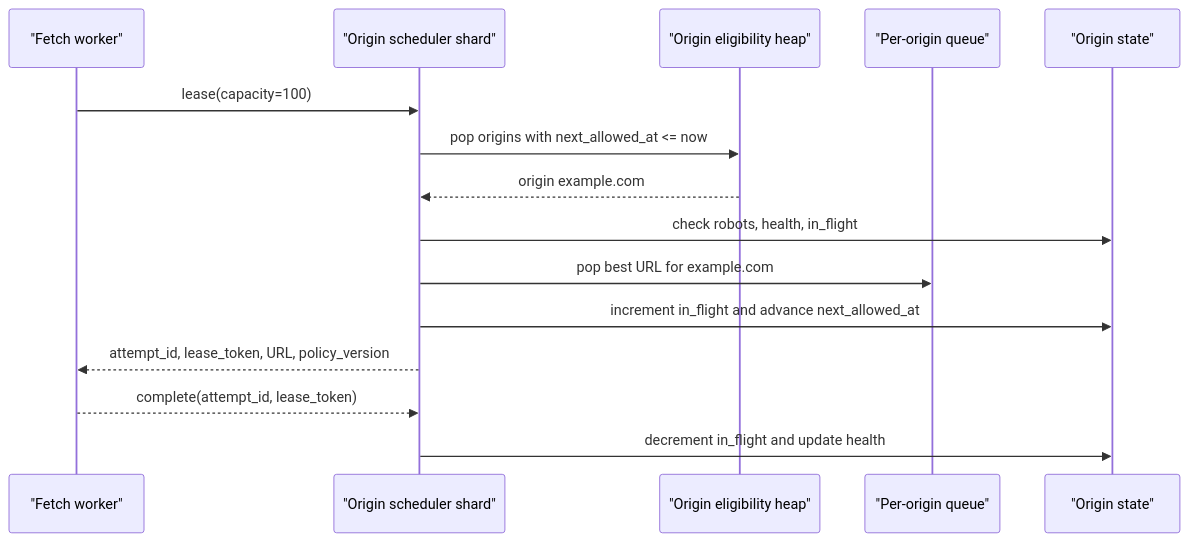
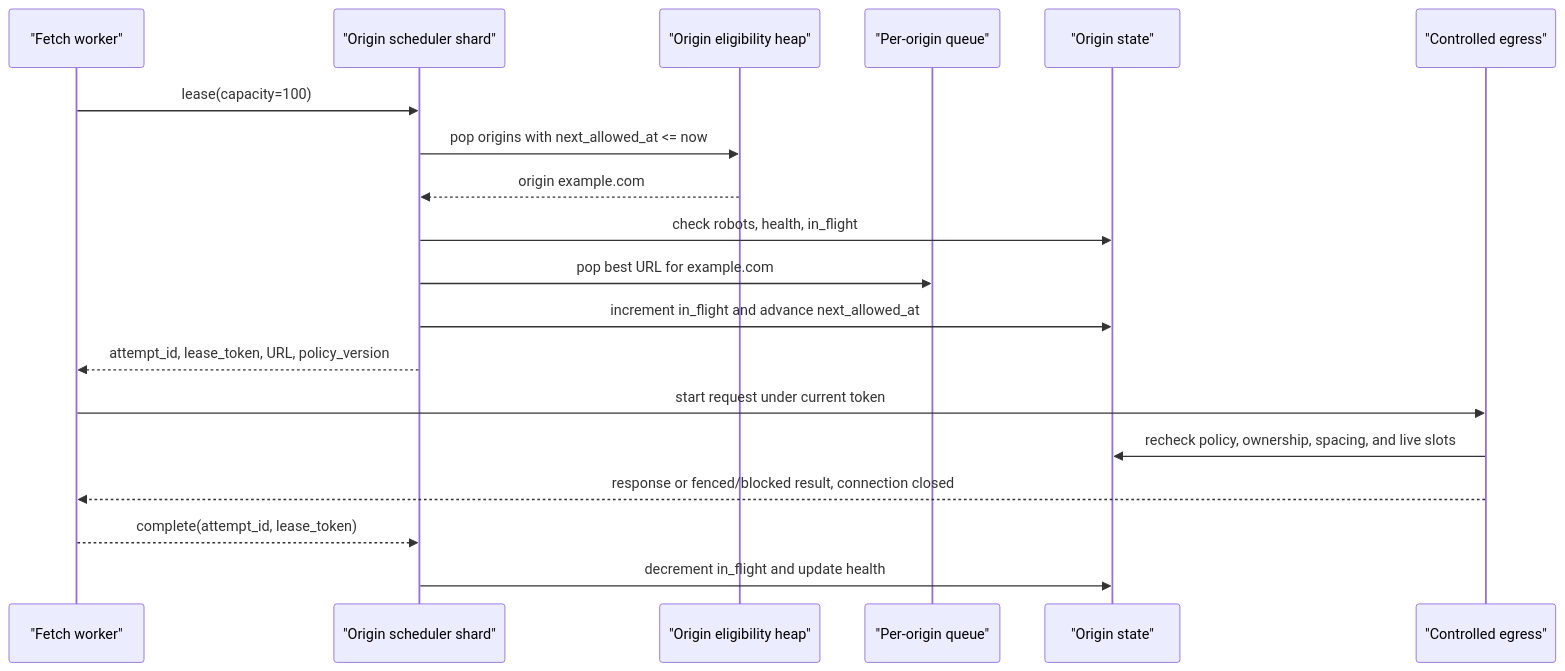
Before and after one commit to Pranshu258/system-design: the third of 5 diagrams in web-crawler-system-design.md, drawn with Mermaid. The commit also changed other lines of this file and 23 other files, not shown here.

````diff
--- a/web-crawler-system-design.md
+++ b/web-crawler-system-design.md
@@ -211,17 +213,21 @@
 ```mermaid
 sequenceDiagram
     participant W as "Fetch worker"
     participant S as "Origin scheduler shard"
     participant H as "Origin eligibility heap"
     participant Q as "Per-origin queue"
     participant O as "Origin state"
+    participant E as "Controlled egress"
     W->>S: lease(capacity=100)
     S->>H: pop origins with next_allowed_at <= now
     H-->>S: origin example.com
     S->>O: check robots, health, in_flight
     S->>Q: pop best URL for example.com
     S->>O: increment in_flight and advance next_allowed_at
     S-->>W: attempt_id, lease_token, URL, policy_version
+    W->>E: start request under current token
+    E->>O: recheck policy, ownership, spacing, and live slots
+    E-->>W: response or fenced/blocked result, connection closed
     W-->>S: complete(attempt_id, lease_token)
     S->>O: decrement in_flight and update health
 ```
````
